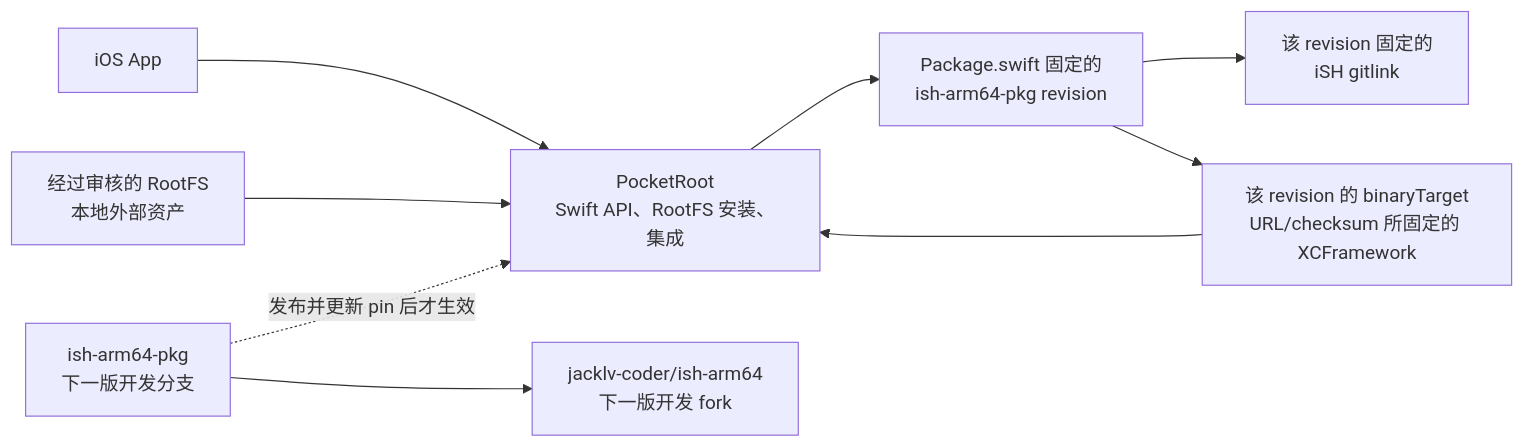
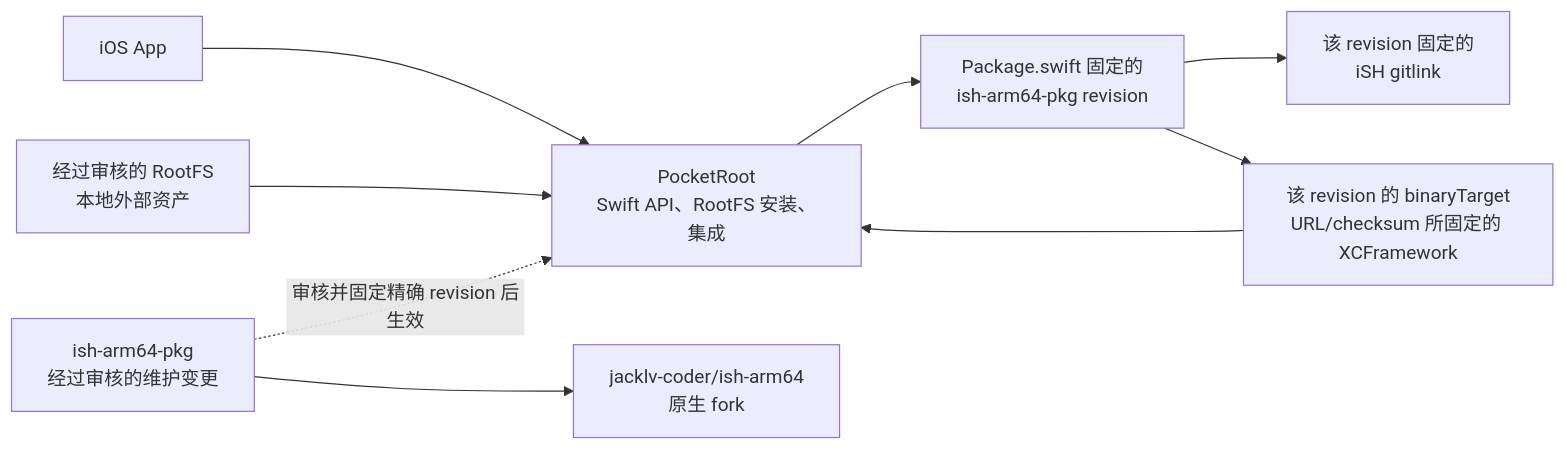
Before and after one commit to jacklv-coder/PocketRoot: the first of 2 diagrams in Docs/TechnicalGuide.md, drawn with Mermaid. The commit also changed other lines of this file and 10 other files, not shown here.

````diff
--- a/Docs/TechnicalGuide.md
+++ b/Docs/TechnicalGuide.md
@@ -38,12 +38,12 @@
 ```mermaid
 flowchart LR
     App["iOS App"] --> PR["PocketRoot<br/>Swift API、RootFS 安装、集成"]
     PR --> Pkg["Package.swift 固定的<br/>ish-arm64-pkg revision"]
     Pkg --> Native["该 revision 固定的<br/>iSH gitlink"]
     Pkg --> XC["该 revision 的 binaryTarget<br/>URL/checksum 所固定的 XCFramework"]
     XC --> PR
     RootFS["经过审核的 RootFS<br/>本地外部资产"] --> PR
 
-    DevPkg["ish-arm64-pkg<br/>下一版开发分支"] --> DevNative["jacklv-coder/ish-arm64<br/>下一版开发 fork"]
-    DevPkg -. "发布并更新 pin 后才生效" .-> PR
+    PkgFix["ish-arm64-pkg<br/>经过审核的维护变更"] --> NativeFork["jacklv-coder/ish-arm64<br/>原生 fork"]
+    PkgFix -. "审核并固定精确 revision 后生效" .-> PR
 ```
````
